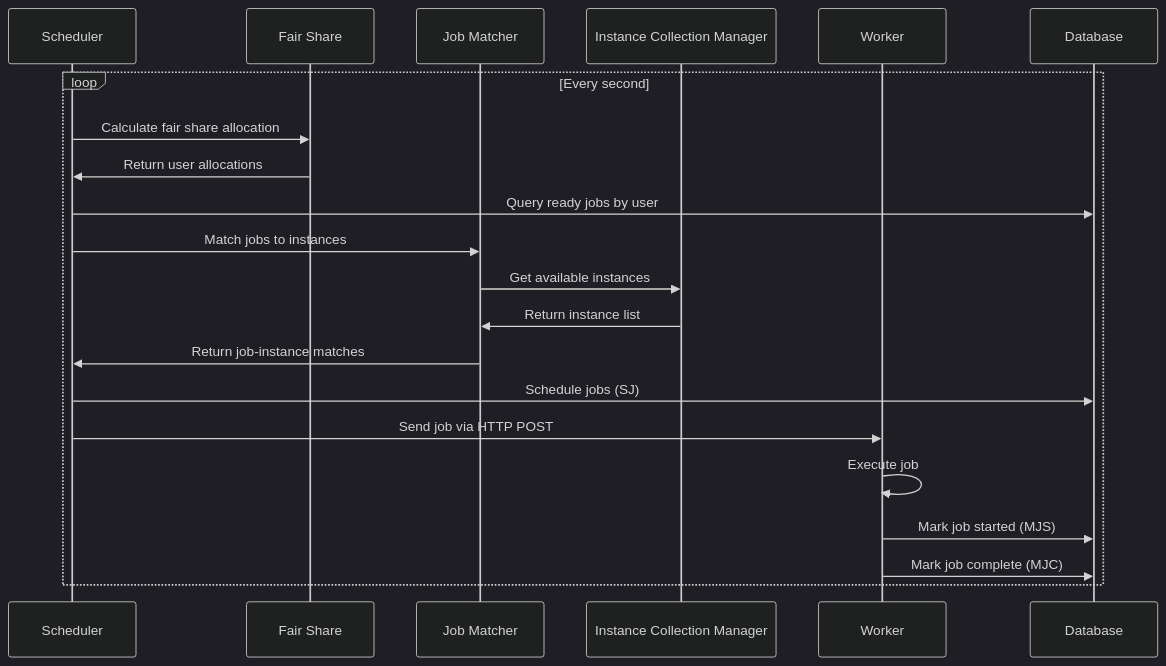
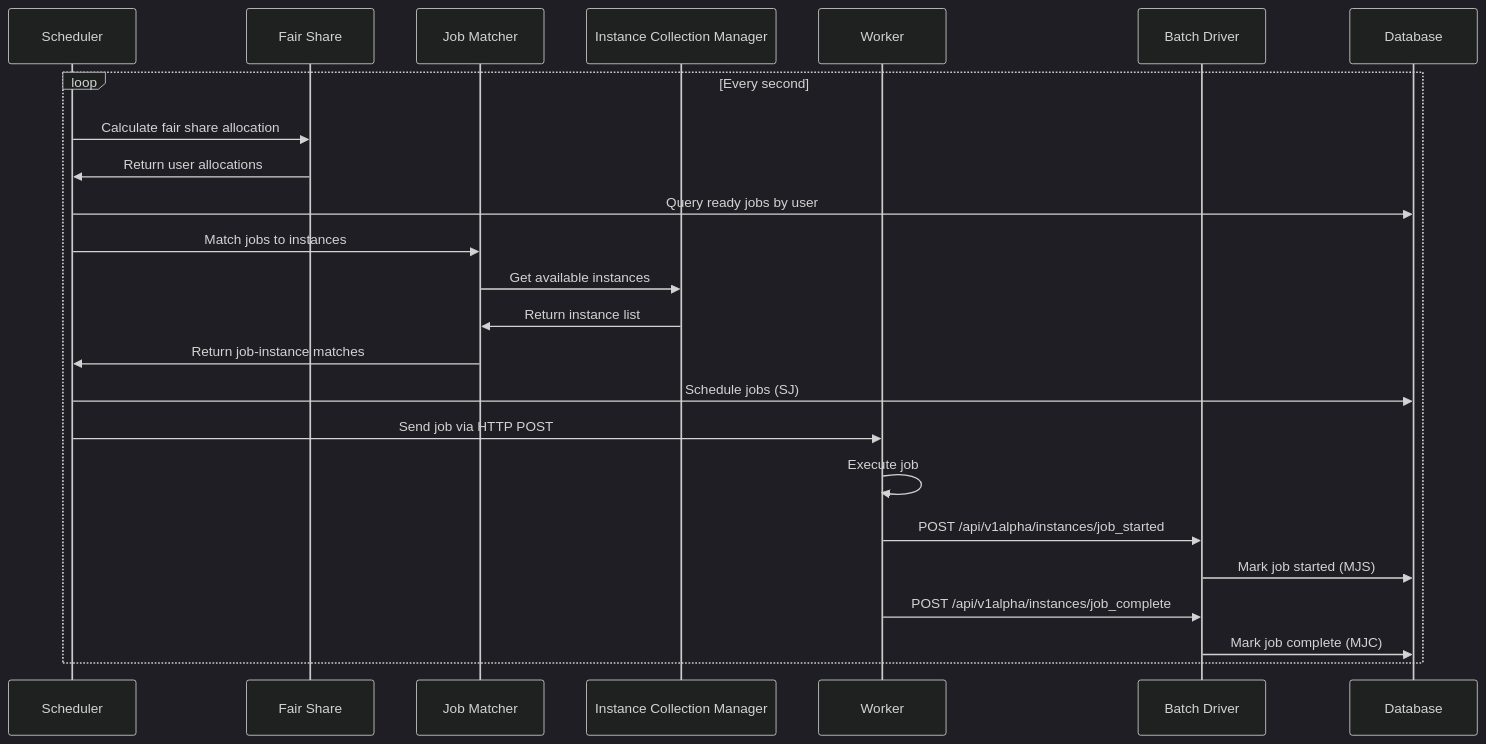
The seventh of 9 diagrams in dev-docs/services/batch/code-structure.md (cjllanwarne/hail), drawn with Mermaid (dark theme) before and after one commit. The commit also changed other lines of this file, not shown here.

````diff
--- a/dev-docs/services/batch/code-structure.md
+++ b/dev-docs/services/batch/code-structure.md
@@ -328,24 +328,27 @@
 ```mermaid
 sequenceDiagram
     participant S as Scheduler
     participant FS as Fair Share
     participant JM as Job Matcher
     participant ICM as Instance Collection Manager
     participant W as Worker
+    participant BD as Batch Driver
     participant DB as Database
     
     loop Every second
         S->>FS: Calculate fair share allocation
         FS->>S: Return user allocations
         S->>DB: Query ready jobs by user
         S->>JM: Match jobs to instances
         JM->>ICM: Get available instances
         ICM->>JM: Return instance list
         JM->>S: Return job-instance matches
         S->>DB: Schedule jobs (SJ)
         S->>W: Send job via HTTP POST
         W->>W: Execute job
-        W->>DB: Mark job started (MJS)
-        W->>DB: Mark job complete (MJC)
+        W->>BD: POST /api/v1alpha/instances/job_started
+        BD->>DB: Mark job started (MJS)
+        W->>BD: POST /api/v1alpha/instances/job_complete
+        BD->>DB: Mark job complete (MJC)
     end
 ```
````
